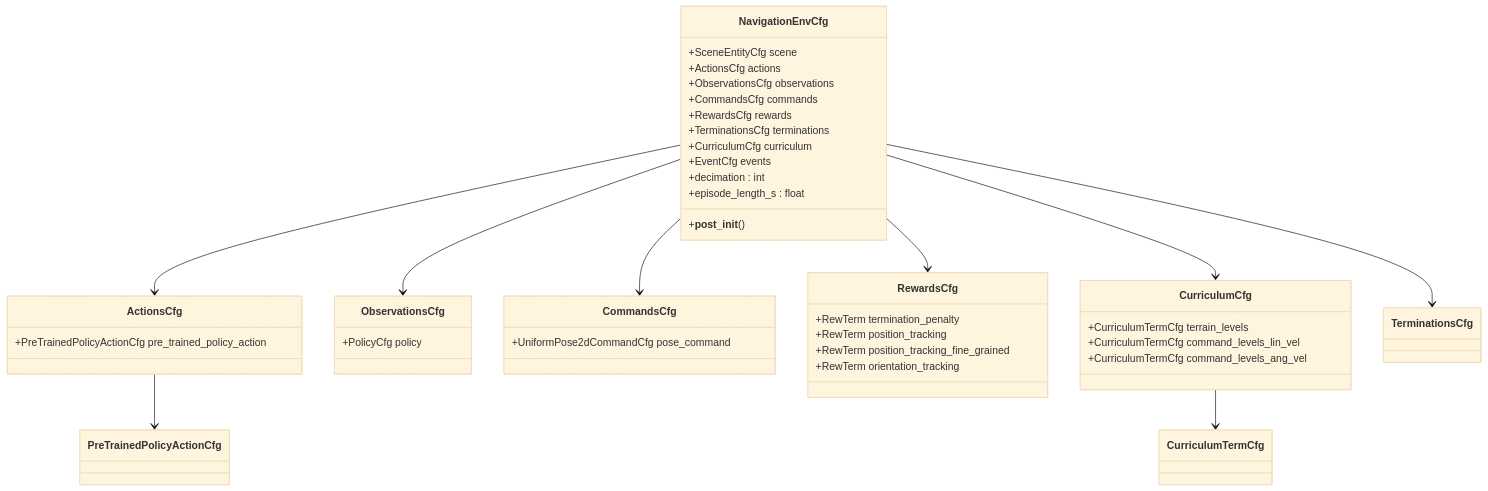
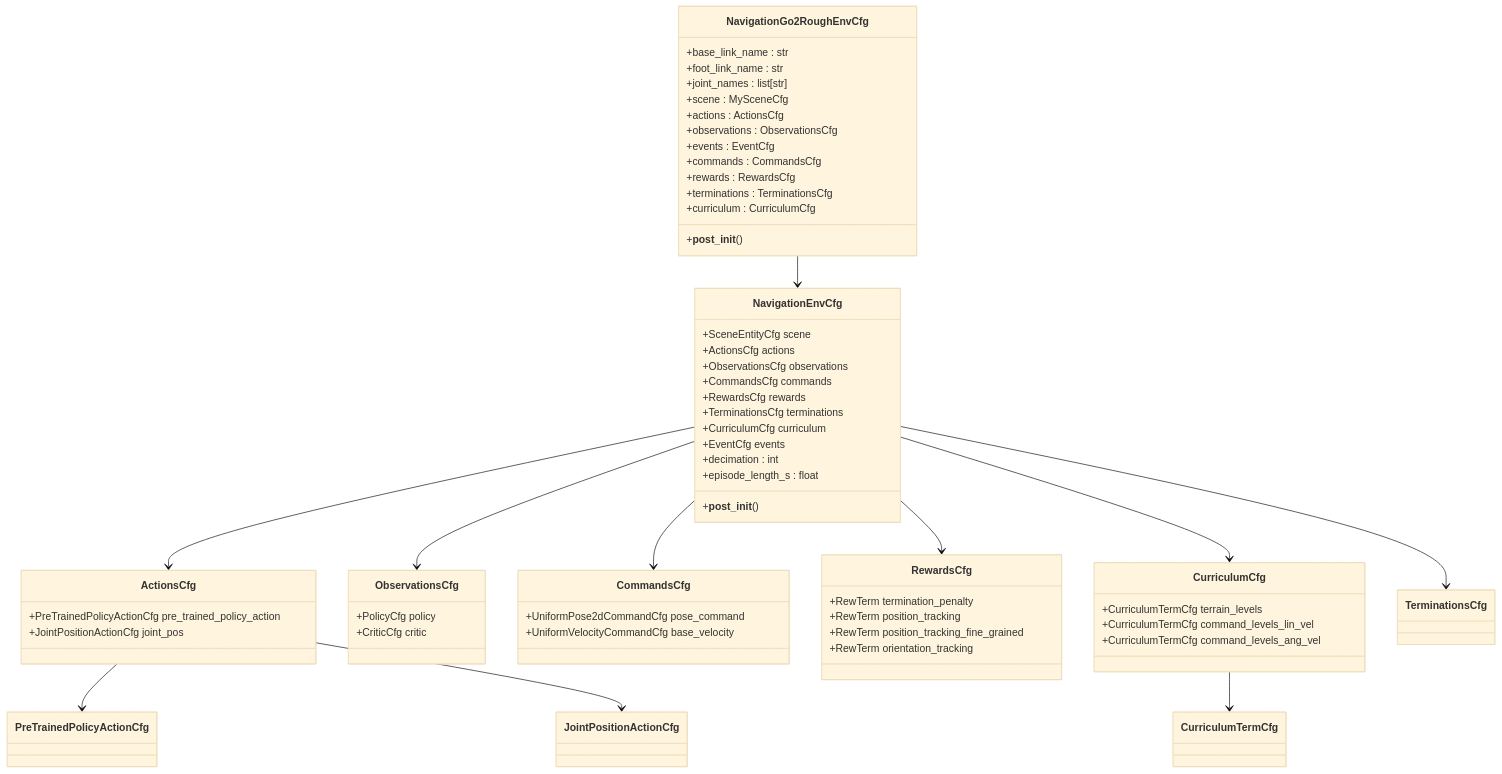
The second of 10 diagrams in .qoder/repowiki/en/content/Task Configuration Framework/Navigation System Overview.md (jayjayhust/robot_lab), drawn with Mermaid (base theme) before and after one commit. The commit also changed other lines of this file and 38 other files, not shown here.

````diff
--- a/.qoder/repowiki/en/content/Task Configuration Framework/Navigation System Overview.md
+++ b/.qoder/repowiki/en/content/Task Configuration Framework/Navigation System Overview.md
@@ -111,44 +128,63 @@
 ```mermaid
 classDiagram
 class NavigationEnvCfg {
 +SceneEntityCfg scene
 +ActionsCfg actions
 +ObservationsCfg observations
 +CommandsCfg commands
 +RewardsCfg rewards
 +TerminationsCfg terminations
 +CurriculumCfg curriculum
 +EventCfg events
 +__post_init__()
 +decimation : int
 +episode_length_s : float
 }
+class NavigationGo2RoughEnvCfg {
++base_link_name : str
++foot_link_name : str
++joint_names : list[str]
++scene : MySceneCfg
++actions : ActionsCfg
++observations : ObservationsCfg
++events : EventCfg
++commands : CommandsCfg
++rewards : RewardsCfg
++terminations : TerminationsCfg
++curriculum : CurriculumCfg
++__post_init__()
+}
 class ActionsCfg {
 +PreTrainedPolicyActionCfg pre_trained_policy_action
++JointPositionActionCfg joint_pos
 }
 class ObservationsCfg {
 +PolicyCfg policy
++CriticCfg critic
 }
 class CommandsCfg {
 +UniformPose2dCommandCfg pose_command
++UniformVelocityCommandCfg base_velocity
 }
 class RewardsCfg {
 +RewTerm termination_penalty
 +RewTerm position_tracking
 +RewTerm position_tracking_fine_grained
 +RewTerm orientation_tracking
 }
 class CurriculumCfg {
 +CurriculumTermCfg terrain_levels
 +CurriculumTermCfg command_levels_lin_vel
 +CurriculumTermCfg command_levels_ang_vel
 }
 NavigationEnvCfg --> ActionsCfg
 NavigationEnvCfg --> ObservationsCfg
 NavigationEnvCfg --> CommandsCfg
 NavigationEnvCfg --> RewardsCfg
 NavigationEnvCfg --> TerminationsCfg
 NavigationEnvCfg --> CurriculumCfg
+NavigationGo2RoughEnvCfg --> NavigationEnvCfg
 ActionsCfg --> PreTrainedPolicyActionCfg
+ActionsCfg --> JointPositionActionCfg
 CurriculumCfg --> CurriculumTermCfg
 ```
````
